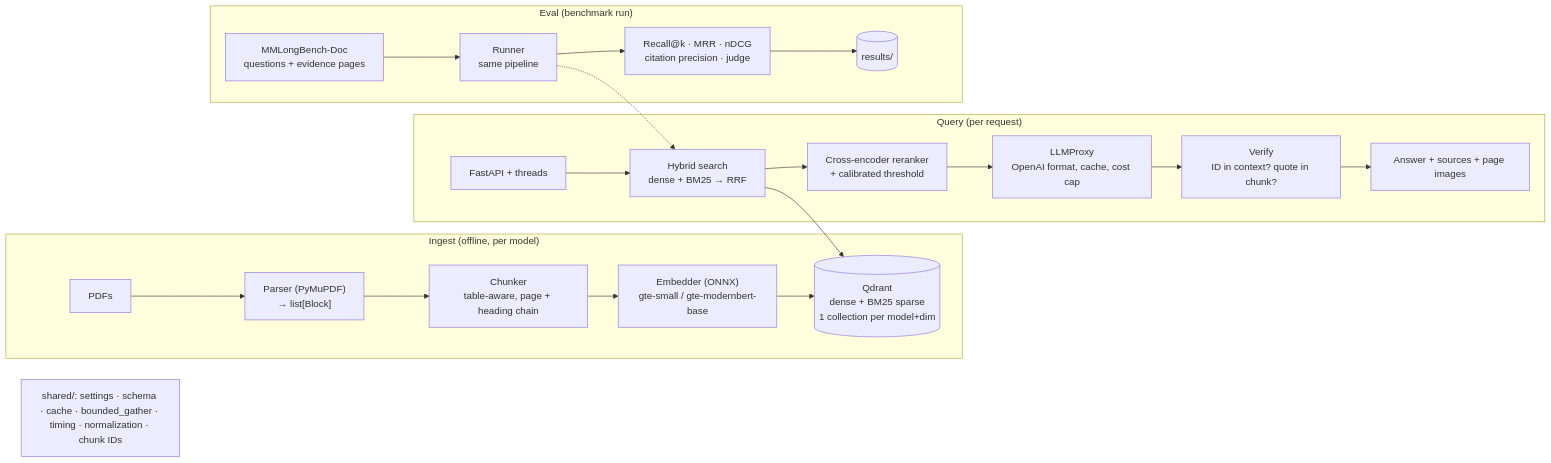
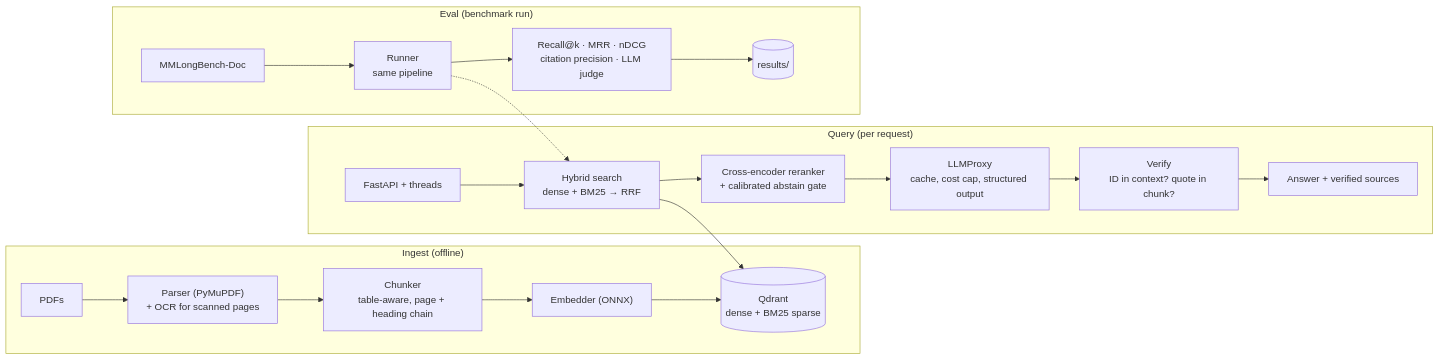
Before and after one commit to byQuexo/docrag-bench: the diagram in README.md, drawn with Mermaid. The commit also changed other lines of this file and 15 other files, not shown here.

````diff
--- a/README.md
+++ b/README.md
@@ -35,27 +94,26 @@
 ```mermaid
 flowchart LR
-  subgraph Ingest["Ingest (offline, per model)"]
-    PDF[PDFs] --> Parser["Parser (PyMuPDF)<br/>→ list[Block]"]
+  subgraph Ingest["Ingest (offline)"]
+    PDF[PDFs] --> Parser["Parser (PyMuPDF)<br/>+ OCR for scanned pages"]
     Parser --> Chunker["Chunker<br/>table-aware, page + heading chain"]
-    Chunker --> Embedder["Embedder (ONNX)<br/>gte-small / gte-modernbert-base"]
-    Embedder --> Qdrant[("Qdrant<br/>dense + BM25 sparse<br/>1 collection per model+dim")]
+    Chunker --> Embedder["Embedder (ONNX)"]
+    Embedder --> Qdrant[("Qdrant<br/>dense + BM25 sparse")]
   end
 
   subgraph Query["Query (per request)"]
     API[FastAPI + threads] --> Hybrid["Hybrid search<br/>dense + BM25 → RRF"]
     Hybrid --> Qdrant
-    Hybrid --> Rerank["Cross-encoder reranker<br/>+ calibrated threshold"]
-    Rerank --> Proxy["LLMProxy<br/>OpenAI format, cache, cost cap"]
+    Hybrid --> Rerank["Cross-encoder reranker<br/>+ calibrated abstain gate"]
+    Rerank --> Proxy["LLMProxy<br/>cache, cost cap, structured output"]
     Proxy --> Verify["Verify<br/>ID in context? quote in chunk?"]
-    Verify --> Answer[Answer + sources + page images]
+    Verify --> Answer[Answer + verified sources]
   end
 
   subgraph Eval["Eval (benchmark run)"]
-    Set[MMLongBench-Doc<br/>questions + evidence pages] --> Runner[Runner<br/>same pipeline]
-    Runner --> Metrics["Recall@k · MRR · nDCG<br/>citation precision · judge"]
+    Set[MMLongBench-Doc] --> Runner[Runner<br/>same pipeline]
+    Runner --> Metrics["Recall@k · MRR · nDCG<br/>citation precision · LLM judge"]
     Metrics --> Results[(results/)]
   end
 
   Runner -.-> Hybrid
-  Shared["shared/: settings · schema · cache · bounded_gather · timing · normalization · chunk IDs"]
 ```
````
